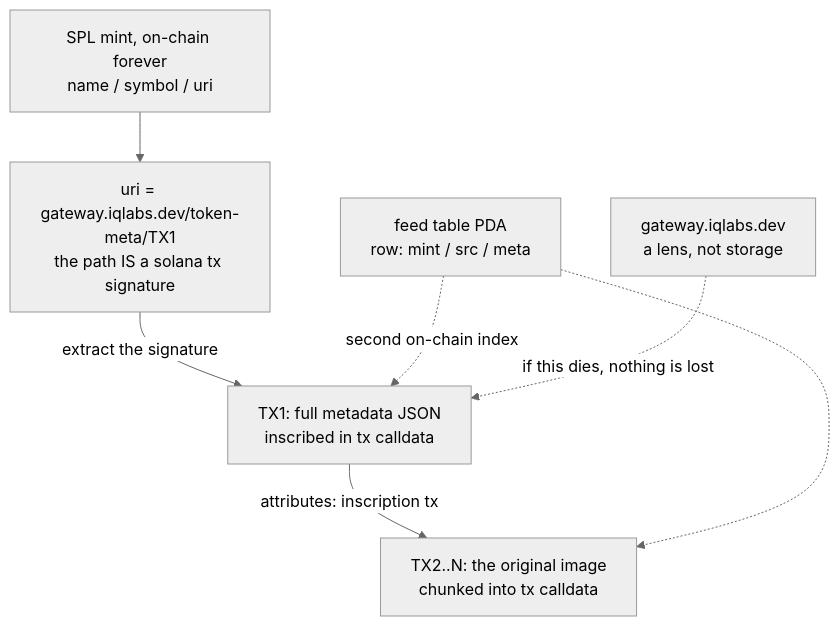
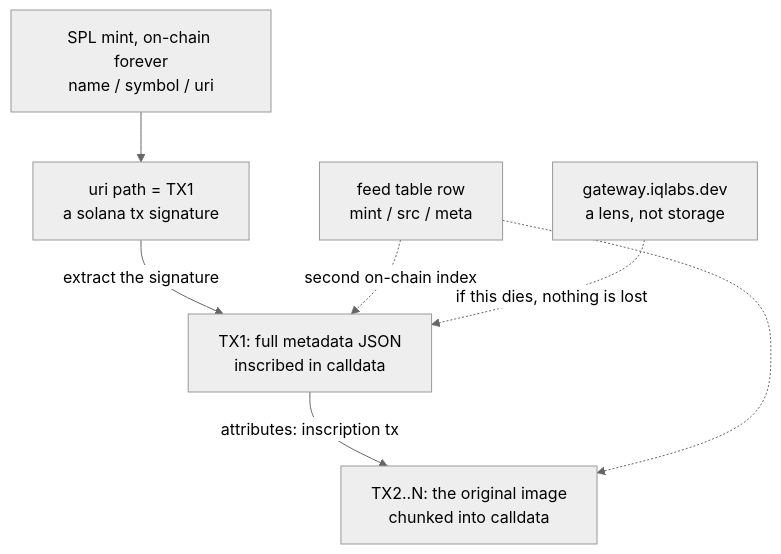
One commit to IQCoreTeam/iq6900 changed the second of 2 diagrams in docs/onchain-token-metadata.md. Above: the diagram before and after it, drawn with Mermaid (neutral theme). The commit also changed other lines of this file, not shown here.

First line of the commit message:
Rework the on-chain metadata explainer to the final thread structure

````diff
--- a/docs/onchain-token-metadata.md
+++ b/docs/onchain-token-metadata.md
@@ -43,16 +53,16 @@
 ```mermaid
 flowchart TD
     MINT["SPL mint, on-chain forever<br/>name / symbol / uri"]
-    URI["uri = gateway.iqlabs.dev/token-meta/TX1<br/>the path IS a solana tx signature"]
-    TX1["TX1: full metadata JSON<br/>inscribed in tx calldata"]
-    TX2["TX2..N: the original image<br/>chunked into tx calldata"]
-    PDA["feed table PDA<br/>row: mint / src / meta"]
+    URI["uri path = TX1<br/>a solana tx signature"]
+    TX1["TX1: full metadata JSON<br/>inscribed in calldata"]
+    TX2["TX2..N: the original image<br/>chunked into calldata"]
+    ROW["feed table row<br/>mint / src / meta"]
     GW["gateway.iqlabs.dev<br/>a lens, not storage"]
 
     MINT --> URI
     URI -->|"extract the signature"| TX1
     TX1 -->|"attributes: inscription tx"| TX2
-    PDA -.->|"second on-chain index"| TX1
-    PDA -.-> TX2
+    ROW -.->|"second on-chain index"| TX1
+    ROW -.-> TX2
     GW -.->|"if this dies, nothing is lost"| TX1
 ```
````
